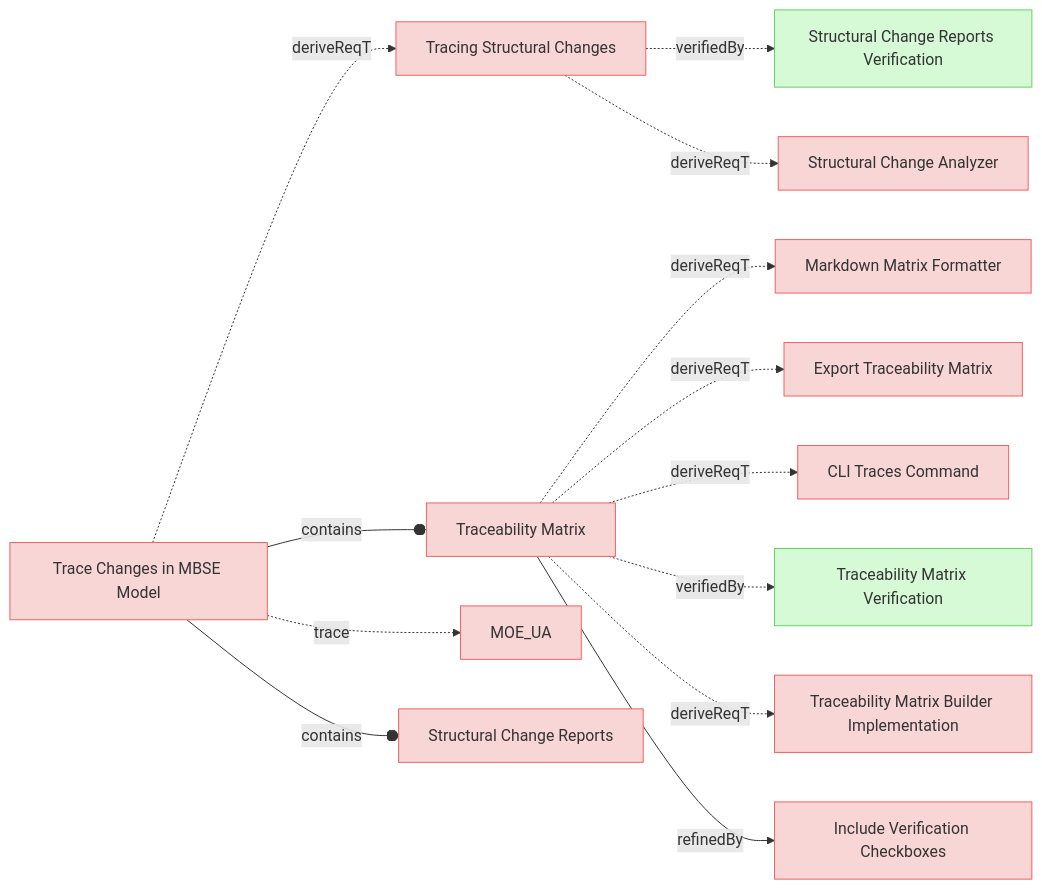
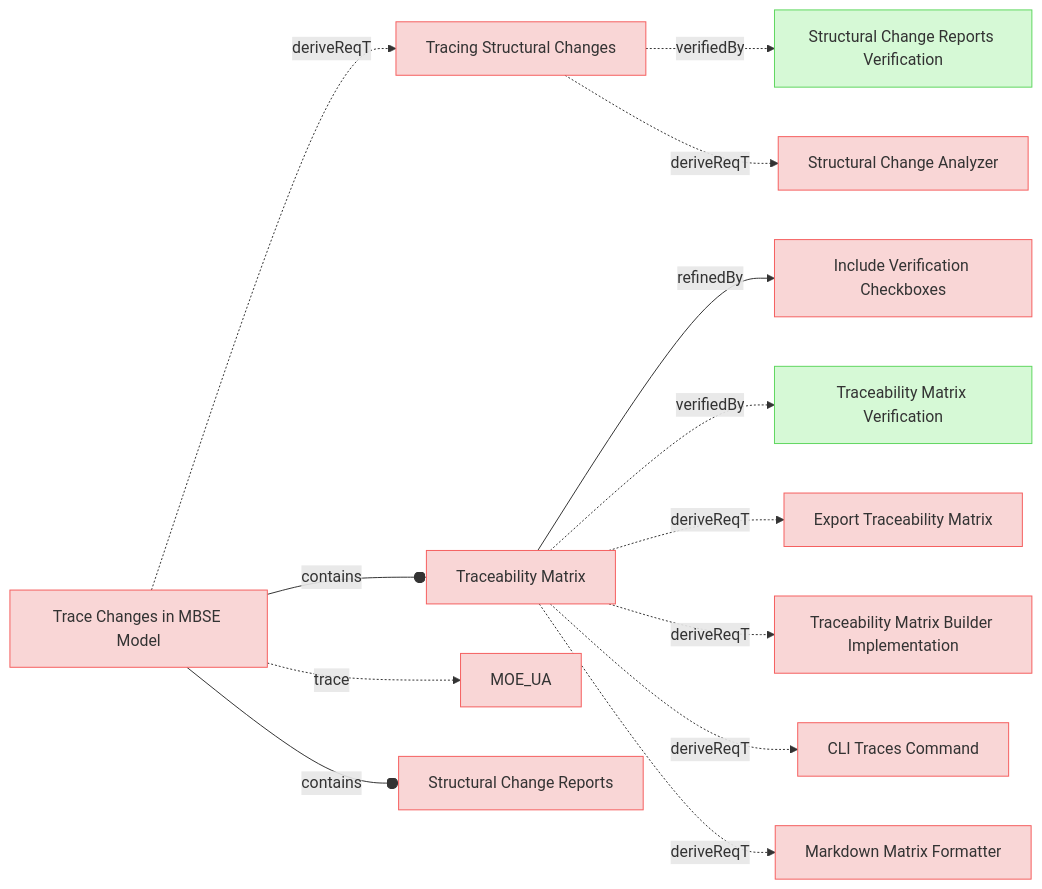
The sixth of 9 diagrams in specifications/UserRequirements.md (reqvire-org/reqvire), drawn with Mermaid before and after one commit. The commit also changed other lines of this file and 16 other files, not shown here.

Commit message:
Updates diagrams

````diff
--- a/specifications/UserRequirements.md
+++ b/specifications/UserRequirements.md
@@ -746,61 +746,61 @@
 ```mermaid
 graph LR;
   %% REQVIRE-AUTOGENERATED-DIAGRAM
   %% Graph styling
   classDef requirement fill:#f9d6d6,stroke:#f55f5f,stroke-width:1px;
   classDef verification fill:#d6f9d6,stroke:#5fd75f,stroke-width:1px;
   classDef externalLink fill:#d0e0ff,stroke:#3080ff,stroke-width:1px;
   classDef default fill:#f5f5f5,stroke:#333333,stroke-width:1px;
 
+  6d32b919c82784b7["Include Verification Checkboxes"];
+  class 6d32b919c82784b7 requirement;
+  click 6d32b919c82784b7 "UserRequirements.md#include-verification-checkboxes";
   d7b7b13a5b8d96e1["Tracing Structural Changes"];
   class d7b7b13a5b8d96e1 requirement;
   click d7b7b13a5b8d96e1 "UserRequirements.md#tracing-structural-changes";
   b0e8adb6596a35e7["Structural Change Reports Verification"];
   class b0e8adb6596a35e7 verification;
   click b0e8adb6596a35e7 "Verifications/ChangeImpactTests.md#structural-change-reports-verification";
   d7b7b13a5b8d96e1 -.->|verifiedBy| b0e8adb6596a35e7;
   d34d7e14d2a235a2["Structural Change Analyzer"];
   class d34d7e14d2a235a2 requirement;
   click d34d7e14d2a235a2 "SystemRequirements/Requirements.md#structural-change-analyzer";
   d7b7b13a5b8d96e1 -.->|deriveReqT| d34d7e14d2a235a2;
+  7de9a55d6102af23["Export Traceability Matrix"];
+  class 7de9a55d6102af23 requirement;
+  click 7de9a55d6102af23 "UserRequirements.md#export-traceability-matrix";
   4e30ea0930dc9c26["Traceability Matrix"];
   class 4e30ea0930dc9c26 requirement;
   click 4e30ea0930dc9c26 "UserRequirements.md#traceability-matrix";
+  4e30ea0930dc9c26 -->|refinedBy| 6d32b919c82784b7;
+  11c3285e74c8d60b["Traceability Matrix Verification"];
+  class 11c3285e74c8d60b verification;
+  click 11c3285e74c8d60b "Verifications/ChangeImpactTests.md#traceability-matrix-verification";
+  4e30ea0930dc9c26 -.->|verifiedBy| 11c3285e74c8d60b;
+  4e30ea0930dc9c26 -.->|deriveReqT| 7de9a55d6102af23;
+  b55d8517cd3e58["Traceability Matrix Builder Implementation"];
+  class b55d8517cd3e58 requirement;
+  click b55d8517cd3e58 "SystemRequirements/Requirements.md#traceability-matrix-builder-implementation";
+  4e30ea0930dc9c26 -.->|deriveReqT| b55d8517cd3e58;
+  5bfc0d5fd7bba25["CLI Traces Command"];
+  class 5bfc0d5fd7bba25 requirement;
+  click 5bfc0d5fd7bba25 "SystemRequirements/Requirements.md#cli-traces-command";
+  4e30ea0930dc9c26 -.->|deriveReqT| 5bfc0d5fd7bba25;
   1b7491b67a792bc9["Markdown Matrix Formatter"];
   class 1b7491b67a792bc9 requirement;
   click 1b7491b67a792bc9 "SystemRequirements/Requirements.md#markdown-matrix-formatter";
   4e30ea0930dc9c26 -.->|deriveReqT| 1b7491b67a792bc9;
-  7de9a55d6102af23["Export Traceability Matrix"];
-  class 7de9a55d6102af23 requirement;
-  click 7de9a55d6102af23 "UserRequirements.md#export-traceability-matrix";
-  4e30ea0930dc9c26 -.->|deriveReqT| 7de9a55d6102af23;
-  5bfc0d5fd7bba25["CLI Traces Command"];
-  class 5bfc0d5fd7bba25 requirement;
-  click 5bfc0d5fd7bba25 "SystemRequirements/Requirements.md#cli-traces-command";
-  4e30ea0930dc9c26 -.->|deriveReqT| 5bfc0d5fd7bba25;
-  11c3285e74c8d60b["Traceability Matrix Verification"];
-  class 11c3285e74c8d60b verification;
-  click 11c3285e74c8d60b "Verifications/ChangeImpactTests.md#traceability-matrix-verification";
-  4e30ea0930dc9c26 -.->|verifiedBy| 11c3285e74c8d60b;
-  b55d8517cd3e58["Traceability Matrix Builder Implementation"];
-  class b55d8517cd3e58 requirement;
-  click b55d8517cd3e58 "SystemRequirements/Requirements.md#traceability-matrix-builder-implementation";
-  4e30ea0930dc9c26 -.->|deriveReqT| b55d8517cd3e58;
-  6d32b919c82784b7["Include Verification Checkboxes"];
-  class 6d32b919c82784b7 requirement;
-  click 6d32b919c82784b7 "UserRequirements.md#include-verification-checkboxes";
-  4e30ea0930dc9c26 -->|refinedBy| 6d32b919c82784b7;
   5ef9c8ae19a9f55a["Trace Changes in MBSE Model"];
   class 5ef9c8ae19a9f55a requirement;
   click 5ef9c8ae19a9f55a "UserStories.md#trace-changes-in-mbse-model";
   2c5f30f14e792200["MOE_UA"];
   class 2c5f30f14e792200 requirement;
   click 2c5f30f14e792200 "MOEs.md#moe_ua";
   5ef9c8ae19a9f55a -.->|trace| 2c5f30f14e792200;
-  5ef9c8ae19a9f55a -.->|deriveReqT| d7b7b13a5b8d96e1;
   1908501a80db5c46["Structural Change Reports"];
   class 1908501a80db5c46 requirement;
   click 1908501a80db5c46 "UserRequirements.md#structural-change-reports";
   5ef9c8ae19a9f55a --o|contains| 1908501a80db5c46;
+  5ef9c8ae19a9f55a -.->|deriveReqT| d7b7b13a5b8d96e1;
   5ef9c8ae19a9f55a --o|contains| 4e30ea0930dc9c26;
 ```
````
